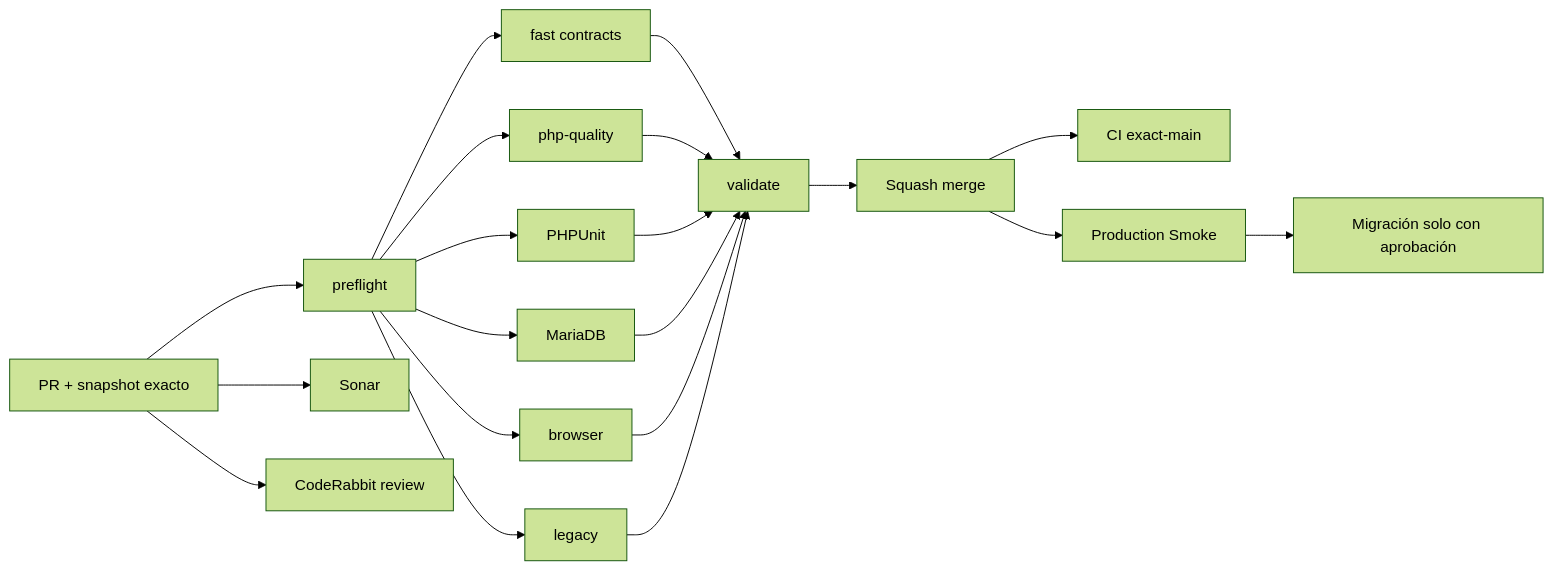
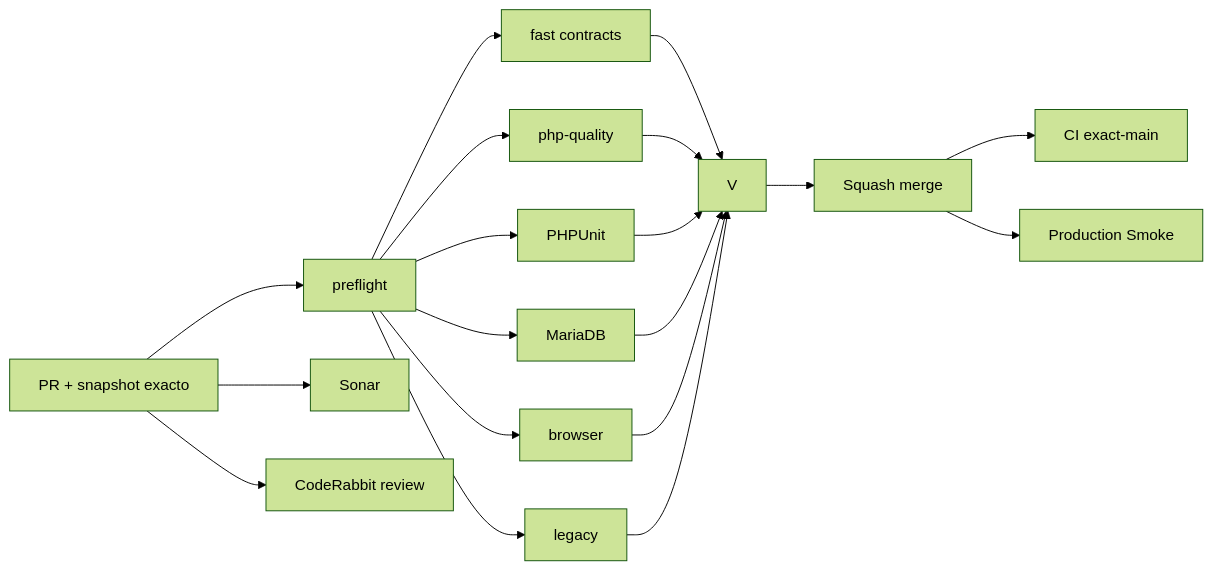
One commit to drpipe1098-commits/GrindFlow changed the diagram in README.md. Above: the diagram before and after it, drawn with Mermaid (forest theme). The commit also changed other lines of this file and 21 other files, not shown here.

````diff
--- a/README.md
+++ b/README.md
@@ -48,22 +49,21 @@
 ```mermaid
 flowchart LR
     A["PR + snapshot exacto"] --> P["preflight"]
     P --> F["fast contracts"]
     P --> Q["php-quality"]
     P --> T["PHPUnit"]
     P --> D["MariaDB"]
     P --> B["browser"]
     P --> L["legacy"]
     A --> S["Sonar"]
     A --> C["CodeRabbit review"]
-    F --> V["validate"]
+    F --> V
     Q --> V
     T --> V
     D --> V
     B --> V
     L --> V
     V --> M["Squash merge"]
     M --> X["CI exact-main"]
     M --> R["Production Smoke"]
-    R --> G["Migración solo con aprobación"]
 ```
````
